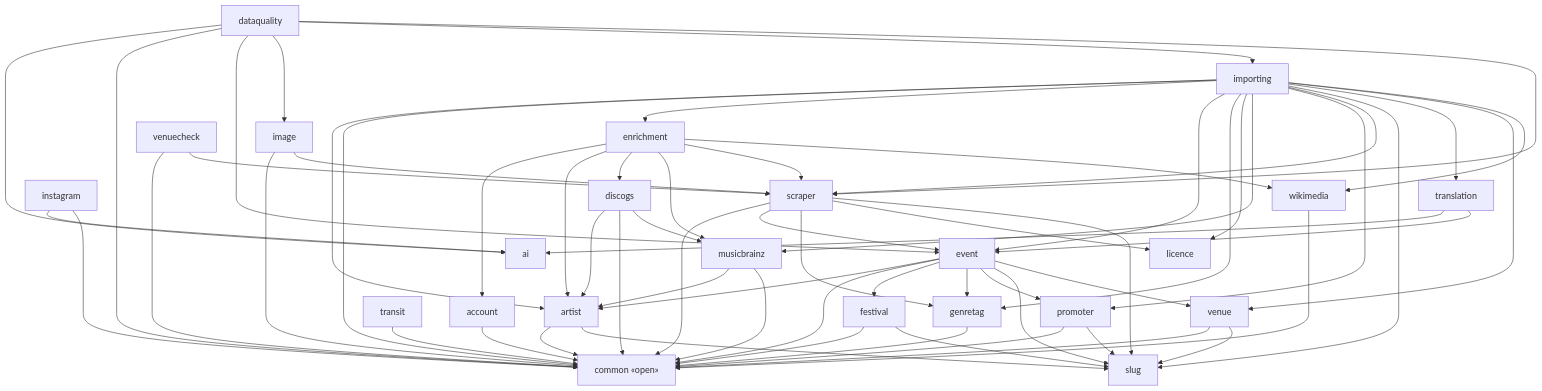
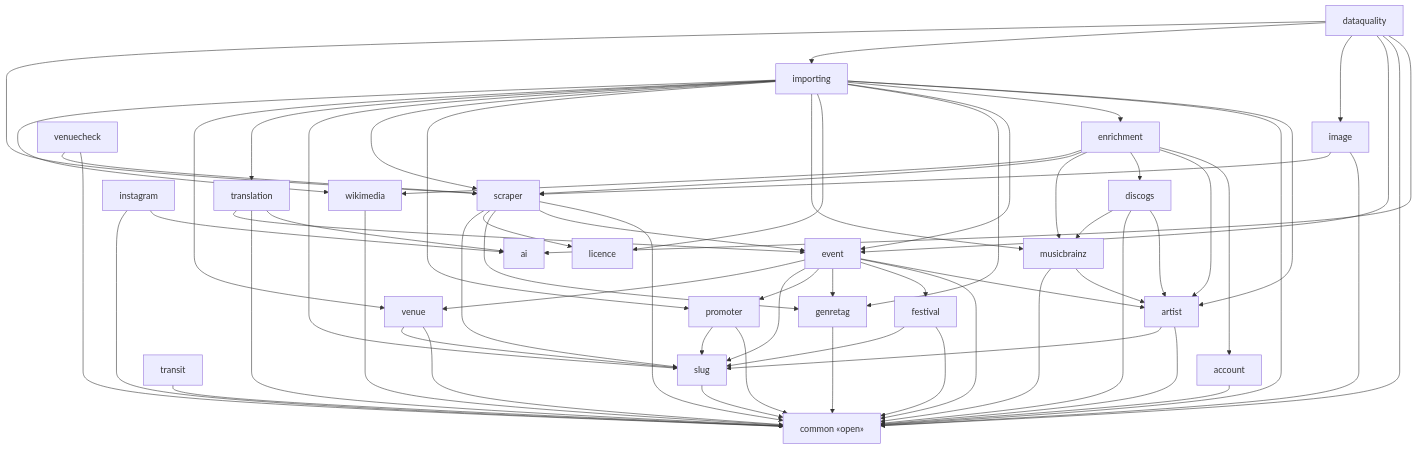
The diagram in docs/architecture/modules-events-importer.md (enorm-labs/event-junkie), drawn with Mermaid before and after one commit. The commit also changed 11 other files, not shown here.

```diff
--- a/docs/architecture/modules-events-importer.md
+++ b/docs/architecture/modules-events-importer.md
@@ -86,8 +86,10 @@
     scraper --> genretag
     scraper --> licence
     scraper --> slug
+    slug --> common
     transit --> common
     translation --> ai
+    translation --> common
     translation --> event
     venue --> common
     venue --> slug
```
